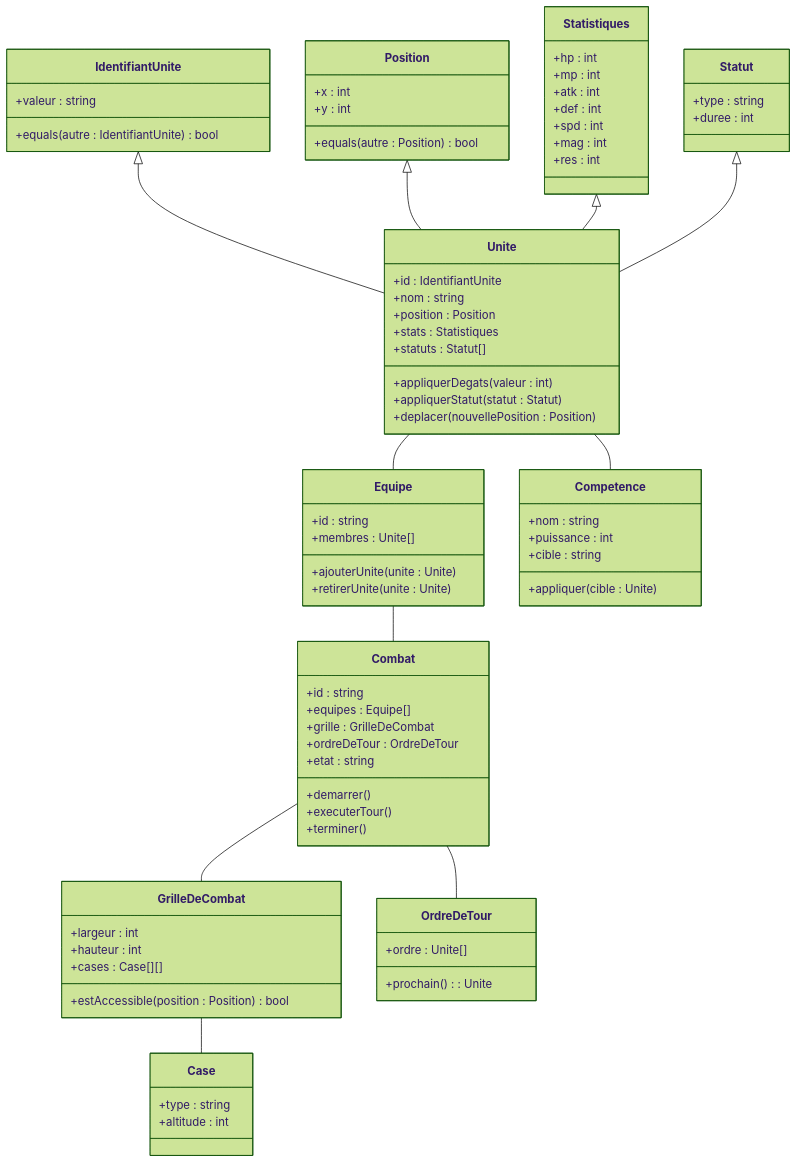
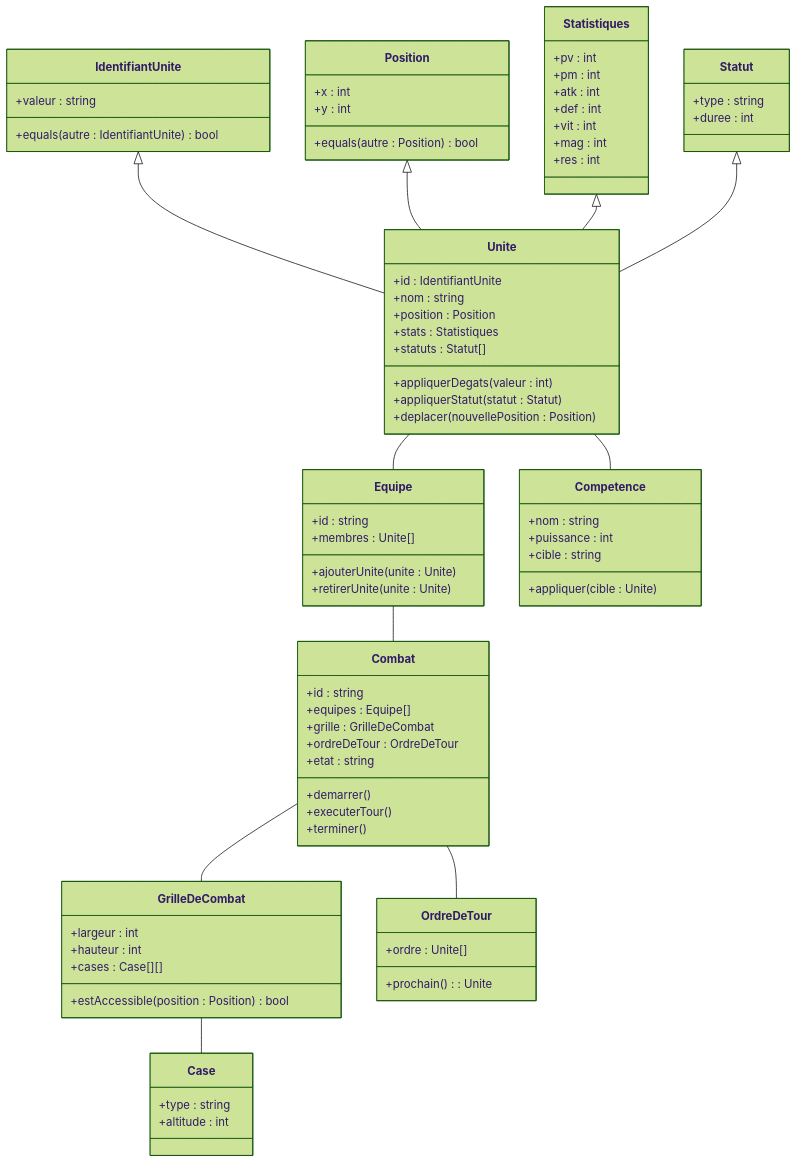
One commit to Gaetan1303/Aether-Engine changed the diagram in doc/diagramme de classe/Global.md. Above: the diagram before and after it, drawn with Mermaid (forest theme). The commit also changed other lines of this file and 12 other files, not shown here.

````diff
--- a/doc/diagramme de classe/Global.md
+++ b/doc/diagramme de classe/Global.md
@@ -3,81 +9,81 @@
 ```mermaid
 classDiagram
 class IdentifiantUnite {
   +valeur : string
   +equals(autre : IdentifiantUnite) bool
 }
 class Position {
   +x : int
   +y : int
   +equals(autre : Position) bool
 }
 class Statistiques {
-  +hp : int
-  +mp : int
+  +pv : int
+  +pm : int
   +atk : int
   +def : int
-  +spd : int
+  +vit : int
   +mag : int
   +res : int
 }
 class Unite {
   +id : IdentifiantUnite
   +nom : string
   +position : Position
   +stats : Statistiques
   +statuts : Statut[]
   +appliquerDegats(valeur : int)
   +appliquerStatut(statut : Statut)
   +deplacer(nouvellePosition : Position)
 }
 class Statut {
   +type : string
   +duree : int
 }
 class Equipe {
   +id : string
   +membres : Unite[]
   +ajouterUnite(unite : Unite)
   +retirerUnite(unite : Unite)
 }
 class Competence {
   +nom : string
   +puissance : int
   +cible : string
   +appliquer(cible : Unite)
 }
 class GrilleDeCombat {
   +largeur : int
   +hauteur : int
   +cases : Case[][]
   +estAccessible(position : Position) bool
 }
 class Case {
   +type : string
   +altitude : int
 }
 class OrdreDeTour {
   +ordre : Unite[]
   +prochain() : Unite
 }
 class Combat {
   +id : string
   +equipes : Equipe[]
   +grille : GrilleDeCombat
   +ordreDeTour : OrdreDeTour
   +etat : string
   +demarrer()
   +executerTour()
   +terminer()
 }
 IdentifiantUnite <|-- Unite
 Position <|-- Unite
 Statistiques <|-- Unite
 Statut <|-- Unite
 Unite -- Equipe
 Equipe -- Combat
 Combat -- GrilleDeCombat
 GrilleDeCombat -- Case
 Combat -- OrdreDeTour
 Unite -- Competence
 ```
````
